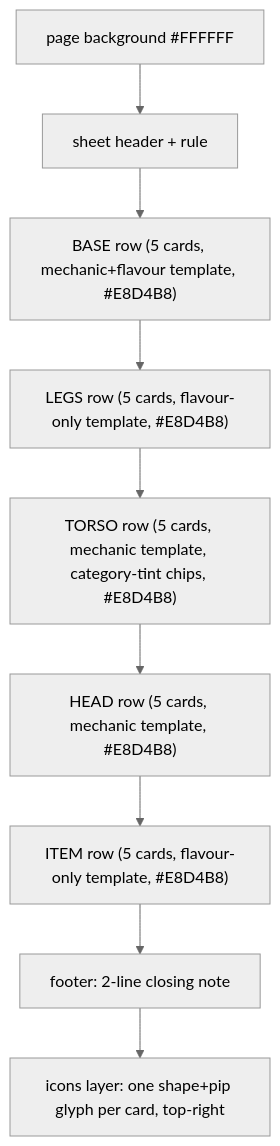
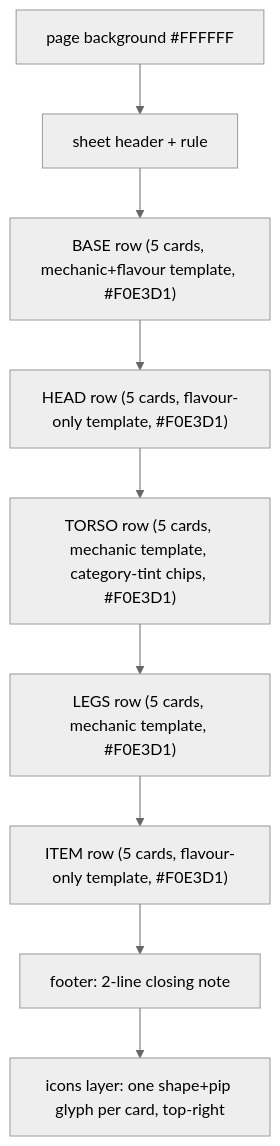
The sixth of 8 diagrams in components/specs/cards.md (Hegerstrand/seven-weeks), drawn with Mermaid (neutral theme) before and after one commit. The commit also changed other lines of this file and 27 other files, not shown here.

````diff
--- a/components/specs/cards.md
+++ b/components/specs/cards.md
@@ -557,11 +586,11 @@
 ```mermaid
 graph TD
   A["page background #FFFFFF"] --> B["sheet header + rule"]
-  B --> C["BASE row (5 cards, mechanic+flavour template, #E8D4B8)"]
-  C --> D["LEGS row (5 cards, flavour-only template, #E8D4B8)"]
-  D --> E["TORSO row (5 cards, mechanic template, category-tint chips, #E8D4B8)"]
-  E --> F["HEAD row (5 cards, mechanic template, #E8D4B8)"]
-  F --> G["ITEM row (5 cards, flavour-only template, #E8D4B8)"]
+  B --> C["BASE row (5 cards, mechanic+flavour template, #F0E3D1)"]
+  C --> D["HEAD row (5 cards, flavour-only template, #F0E3D1)"]
+  D --> E["TORSO row (5 cards, mechanic template, category-tint chips, #F0E3D1)"]
+  E --> F["LEGS row (5 cards, mechanic template, #F0E3D1)"]
+  F --> G["ITEM row (5 cards, flavour-only template, #F0E3D1)"]
   G --> H["footer: 2-line closing note"]
   H --> I["icons layer: one shape+pip glyph per card, top-right"]
 ```
````
